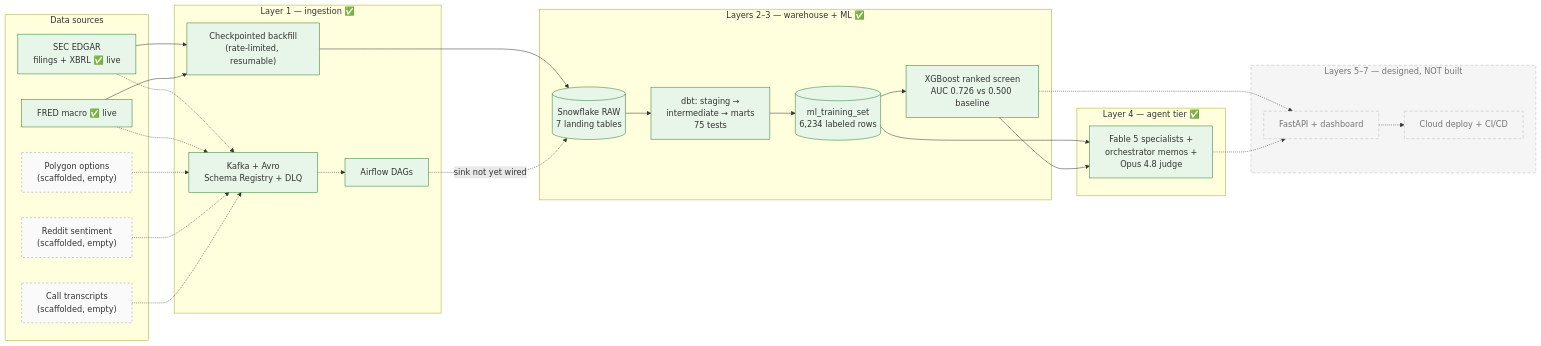
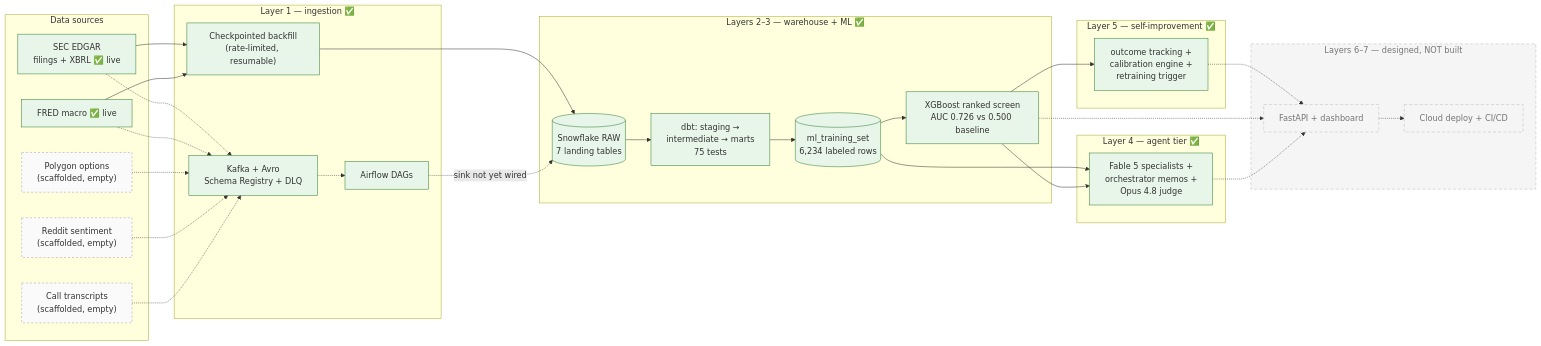
Before and after one commit to bhavyaupadhyayy/EDGAR-X: the diagram in README.md, drawn with Mermaid. The commit also changed other lines of this file and 1 other file, not shown here.

Commit message:
Update README and case study: Layer 5 is built, not planned
Built-vs-planned table, architecture diagram, repo map, and case-study
scoping now reflect the completed self-improvement loop: prediction_outcomes
mart, calibration engine (Wilson CIs, decile calibration, per-year/sector,
out-of-sample only), and a sample-size-gated retraining trigger with
Layer-7-scaffolded execution. Calibration explicitly caveated as preliminary
on a 447-row FY2024-25 window. Layers 6-7 remain accurately marked
designed-not-built; all other honest scoping unchanged.

````diff
--- a/README.md
+++ b/README.md
@@ -30,54 +30,60 @@
 ```mermaid
 flowchart LR
     subgraph sources["Data sources"]
         EDGAR["SEC EDGAR<br/>filings + XBRL ✅ live"]
         FRED["FRED macro ✅ live"]
         OPT["Polygon options<br/>(scaffolded, empty)"]
         SENT["Reddit sentiment<br/>(scaffolded, empty)"]
         TRAN["Call transcripts<br/>(scaffolded, empty)"]
     end
 
     subgraph ingest["Layer 1 — ingestion ✅"]
         KAFKA["Kafka + Avro<br/>Schema Registry + DLQ"]
         AIRFLOW["Airflow DAGs"]
         BACKFILL["Checkpointed backfill<br/>(rate-limited, resumable)"]
     end
 
     subgraph warehouse["Layers 2–3 — warehouse + ML ✅"]
         RAW[("Snowflake RAW<br/>7 landing tables")]
         DBT["dbt: staging →<br/>intermediate → marts<br/>75 tests"]
         MLSET[("ml_training_set<br/>6,234 labeled rows")]
         XGB["XGBoost ranked screen<br/>AUC 0.726 vs 0.500 baseline"]
     end
 
     subgraph agents_l4["Layer 4 — agent tier ✅"]
         AGENTS["Fable 5 specialists +<br/>orchestrator memos +<br/>Opus 4.8 judge"]
     end
 
-    subgraph planned["Layers 5–7 — designed, NOT built"]
+    subgraph selfimprove_l5["Layer 5 — self-improvement ✅"]
+        CALIB["outcome tracking +<br/>calibration engine +<br/>retraining trigger"]
+    end
+
+    subgraph planned["Layers 6–7 — designed, NOT built"]
         API["FastAPI + dashboard"]
         DEPLOY["Cloud deploy + CI/CD"]
     end
 
     EDGAR --> BACKFILL --> RAW
     FRED --> BACKFILL
     EDGAR -.-> KAFKA
     FRED -.-> KAFKA
     OPT -.-> KAFKA
     SENT -.-> KAFKA
     TRAN -.-> KAFKA
     KAFKA -.-> AIRFLOW
     AIRFLOW -. "sink not yet wired" .-> RAW
     RAW --> DBT --> MLSET --> XGB
     MLSET --> AGENTS
     XGB --> AGENTS
+    XGB --> CALIB
+    CALIB -.-> API
     XGB -.-> API
     AGENTS -.-> API -.-> DEPLOY
 
     classDef live fill:#e8f5e9,stroke:#2e7d32
     classDef empty fill:#fafafa,stroke:#9e9e9e,stroke-dasharray:4 4
     classDef future fill:#f5f5f5,stroke:#bdbdbd,stroke-dasharray:6 4,color:#757575
-    class EDGAR,FRED,KAFKA,AIRFLOW,BACKFILL,RAW,DBT,MLSET,XGB,AGENTS live
+    class EDGAR,FRED,KAFKA,AIRFLOW,BACKFILL,RAW,DBT,MLSET,XGB,AGENTS,CALIB live
     class OPT,SENT,TRAN empty
     class API,DEPLOY,planned future
 ```
````
